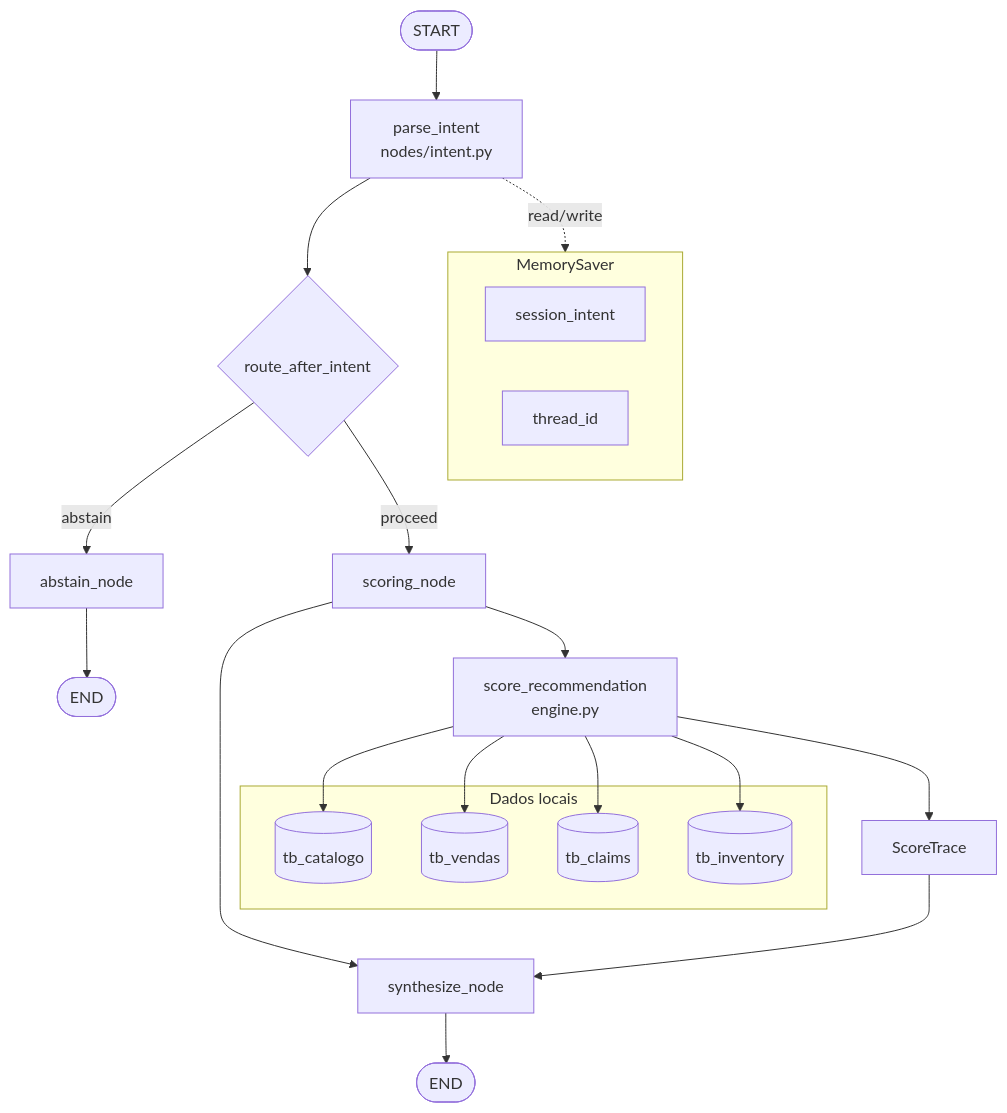
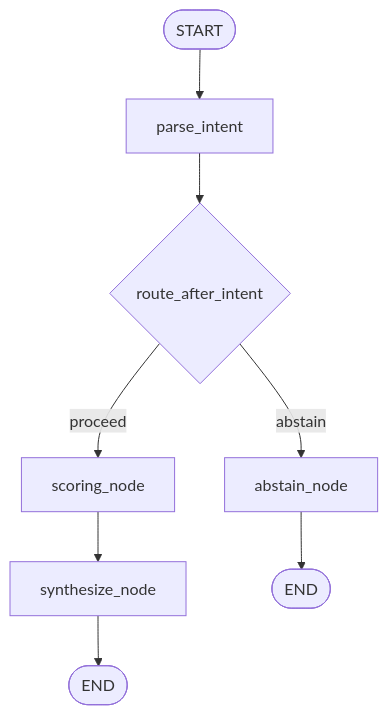
Before and after one commit to andluizsouza/unicamp-llm-agents: the third of 3 diagrams in recfair/docs/architecture.md, drawn with Mermaid. The commit also changed other lines of this file and 56 other files, not shown here.

Commit message:
feat: update architecture to multiagent system

````diff
--- a/recfair/docs/architecture.md
+++ b/recfair/docs/architecture.md
@@ -137,32 +126,10 @@
 ```mermaid
 flowchart TD
-    START([START]) --> PI[parse_intent\nnodes/intent.py]
+    START([START]) --> PI[parse_intent]
     PI --> ROUTE{route_after_intent}
     ROUTE -->|abstain| AB[abstain_node]
     ROUTE -->|proceed| SC[scoring_node]
     SC --> SY[synthesize_node]
     AB --> END1([END])
     SY --> END2([END])
-
-    subgraph checkpoint [MemorySaver]
-        SI[session_intent]
-        TID[thread_id]
-    end
-
-    PI -.->|read/write| checkpoint
-    SC --> ENG[score_recommendation\nengine.py]
-
-    subgraph sqlite [Dados locais]
-        T1[(tb_catalogo)]
-        T2[(tb_vendas)]
-        T3[(tb_claims)]
-        T4[(tb_inventory)]
-    end
-
-    ENG --> T1
-    ENG --> T2
-    ENG --> T3
-    ENG --> T4
-    ENG --> TRACE[ScoreTrace]
-    TRACE --> SY
 ```
````
